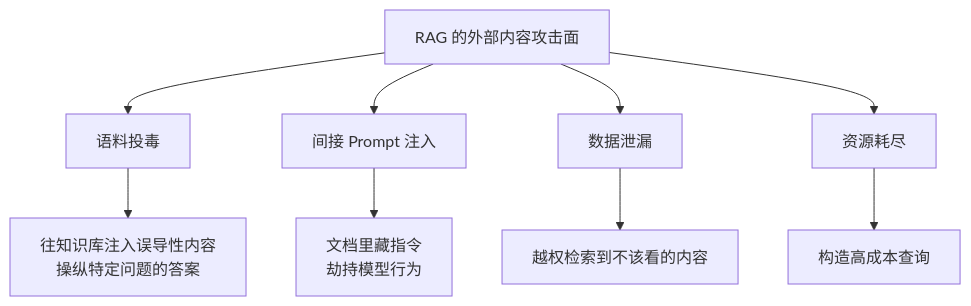
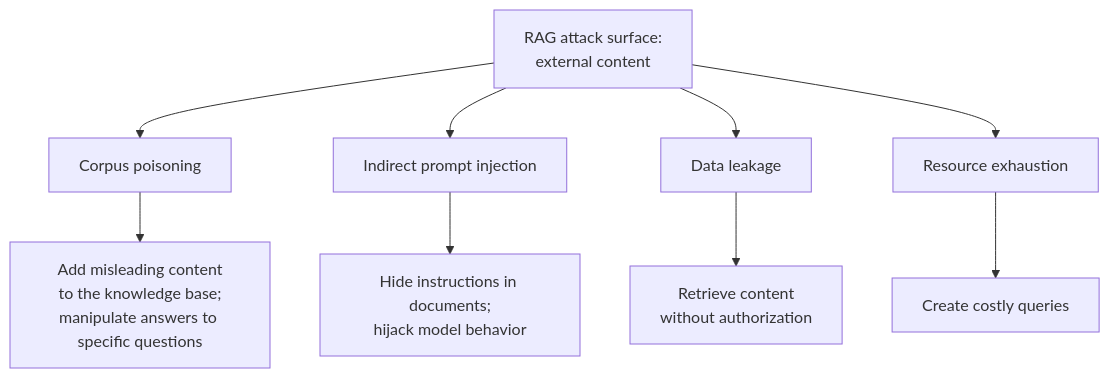
The second of 2 diagrams in docs/rag/06-operations-security/20-rag-challenges-security.md (oneleaveknowsthefall/awesome-ai-roadmap), drawn with Mermaid before and after one commit. The commit also changed other lines of this file and 60 other files, not shown here.

````diff
--- a/docs/rag/06-operations-security/20-rag-challenges-security.md
+++ b/docs/rag/06-operations-security/20-rag-challenges-security.md
@@ -62,12 +62,12 @@
 ```mermaid
 flowchart TB
-    A[RAG 的外部内容攻击面] --> A1[语料投毒]
-    A --> A2[间接 Prompt 注入]
-    A --> A3[数据泄漏]
-    A --> A4[资源耗尽]
+    A[RAG attack surface:<br/>external content] --> A1[Corpus poisoning]
+    A --> A2[Indirect prompt injection]
+    A --> A3[Data leakage]
+    A --> A4[Resource exhaustion]
 
-    A1 --> B1[往知识库注入误导性内容<br/>操纵特定问题的答案]
-    A2 --> B2[文档里藏指令<br/>劫持模型行为]
-    A3 --> B3[越权检索到不该看的内容]
-    A4 --> B4[构造高成本查询]
+    A1 --> B1[Add misleading content<br/>to the knowledge base;<br/>manipulate answers to specific questions]
+    A2 --> B2[Hide instructions in documents;<br/>hijack model behavior]
+    A3 --> B3[Retrieve content<br/>without authorization]
+    A4 --> B4[Create costly queries]
 ```
````
